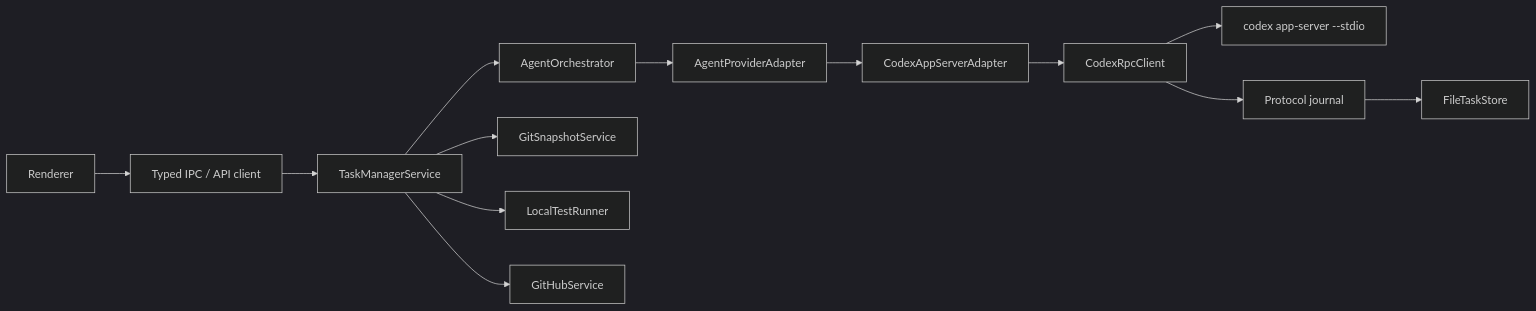
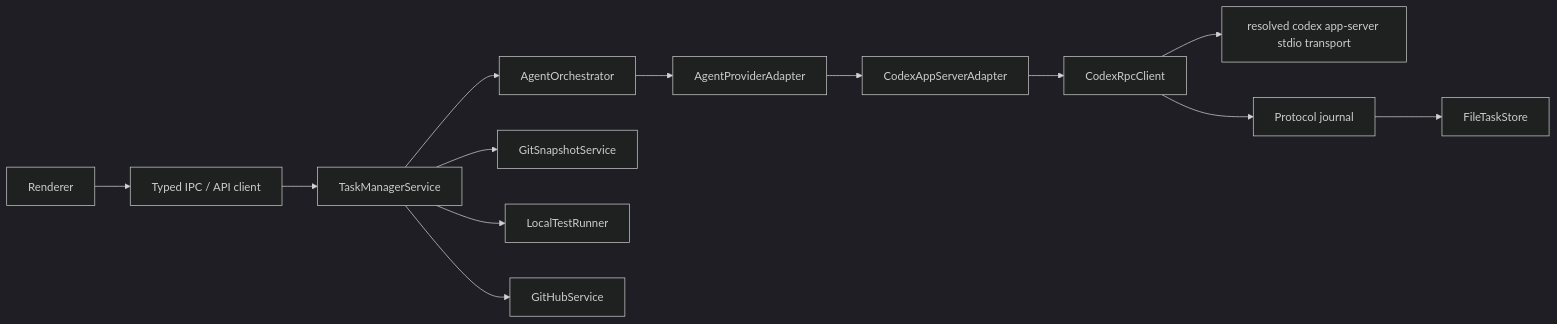
One commit to RojhatToptamus/task-monki changed the diagram in docs/APP_SERVER_ARCHITECTURE.md. Above: the diagram before and after it, drawn with Mermaid (dark theme). The commit also changed other lines of this file and 16 other files, not shown here.

````diff
--- a/docs/APP_SERVER_ARCHITECTURE.md
+++ b/docs/APP_SERVER_ARCHITECTURE.md
@@ -32,15 +32,15 @@
 ```mermaid
 flowchart LR
   UI["Renderer"] --> IPC["Typed IPC / API client"]
   IPC --> Service["TaskManagerService"]
   Service --> Orchestrator["AgentOrchestrator"]
   Orchestrator --> Adapter["AgentProviderAdapter"]
   Adapter --> Codex["CodexAppServerAdapter"]
   Codex --> RPC["CodexRpcClient"]
-  RPC --> Server["codex app-server --stdio"]
+  RPC --> Server["resolved codex app-server stdio transport"]
   RPC --> Journal["Protocol journal"]
   Journal --> Store["FileTaskStore"]
   Service --> Git["GitSnapshotService"]
   Service --> Tests["LocalTestRunner"]
   Service --> GitHub["GitHubService"]
 ```
````
